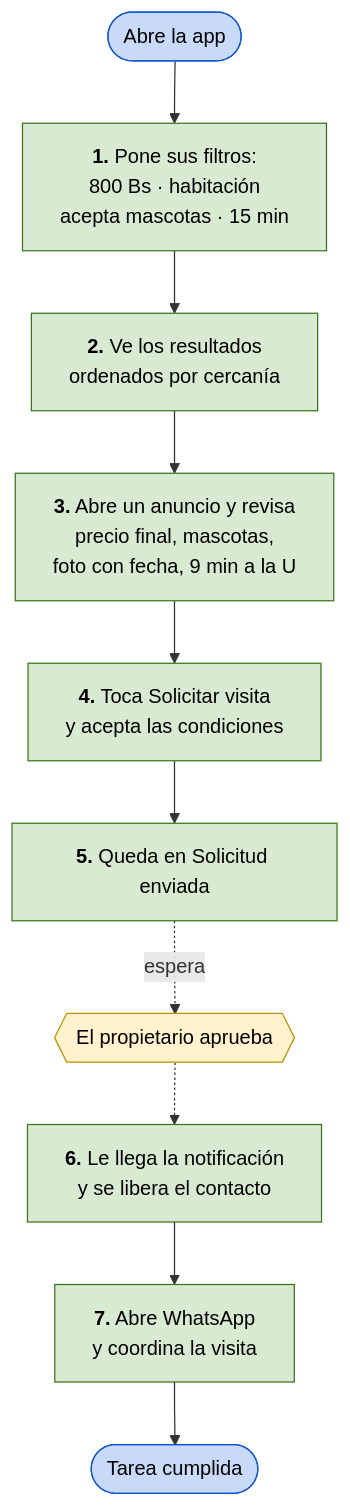
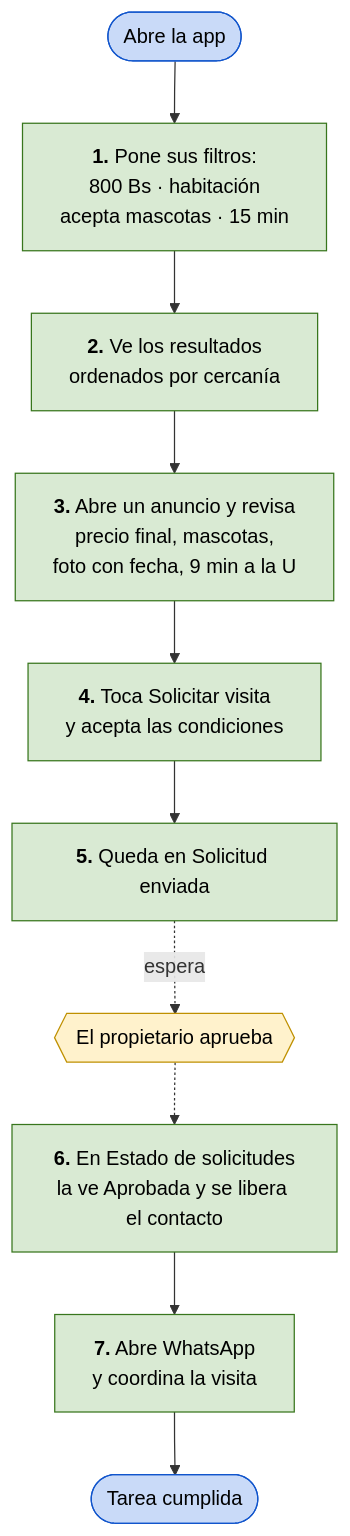
One commit to gadrilee/PetConnect changed the diagram in flujo/flujo-v0.2.md. Above: the diagram before and after it, drawn with Mermaid. The commit also changed other lines of this file and 25 other files, not shown here.

````diff
--- a/flujo/flujo-v0.2.md
+++ b/flujo/flujo-v0.2.md
@@ -14,20 +14,20 @@
 ```mermaid
 flowchart TD
     S([Abre la app]) --> P1["<b>1.</b> Pone sus filtros:<br/>800 Bs · habitación<br/>acepta mascotas · 15 min"]
     P1 --> P2["<b>2.</b> Ve los resultados<br/>ordenados por cercanía"]
     P2 --> P3["<b>3.</b> Abre un anuncio y revisa<br/>precio final, mascotas,<br/>foto con fecha, 9 min a la U"]
     P3 --> P4["<b>4.</b> Toca Solicitar visita<br/>y acepta las condiciones"]
     P4 --> P5["<b>5.</b> Queda en Solicitud enviada"]
     P5 -.espera.-> Q{{"El propietario aprueba"}}
-    Q -.-> P6["<b>6.</b> Le llega la notificación<br/>y se libera el contacto"]
+    Q -.-> P6["<b>6.</b> En Estado de solicitudes<br/>la ve Aprobada y se libera el contacto"]
     P6 --> P7["<b>7.</b> Abre WhatsApp<br/>y coordina la visita"]
     P7 --> F([Tarea cumplida])
 
     classDef ella fill:#d9ead3,stroke:#38761d,color:#000
     classDef otro fill:#fff2cc,stroke:#bf9000,color:#000
     classDef borde fill:#c9daf8,stroke:#1155cc,color:#000
 
     class P1,P2,P3,P4,P5,P6,P7 ella
     class Q otro
     class S,F borde
 ```
````
